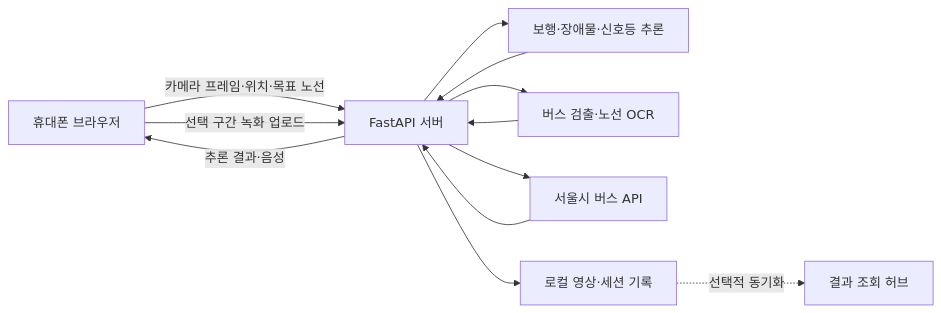
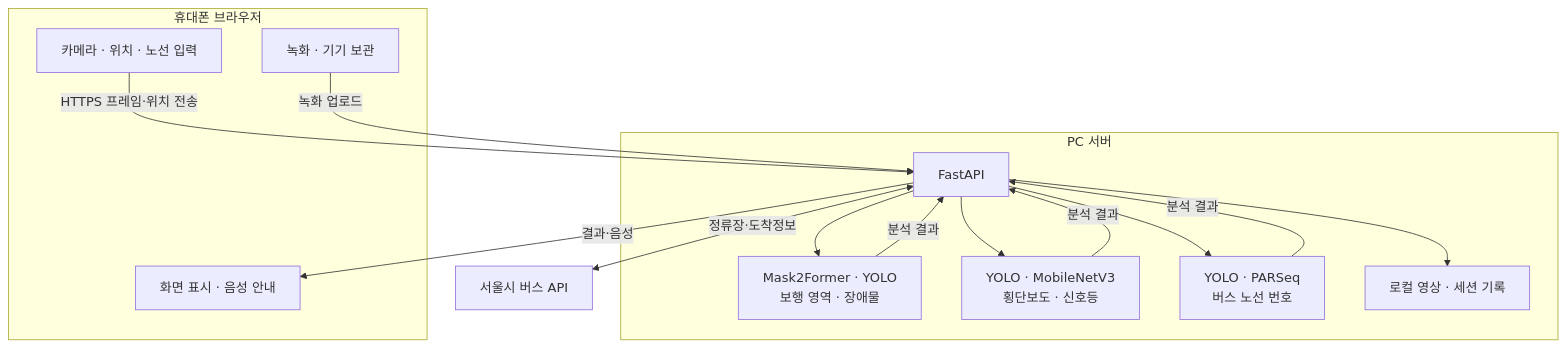
One commit to ai-cv-prj/gildongmu-app changed the diagram in README.md. Above: the diagram before and after it, drawn with Mermaid. The commit also changed other lines of this file and 45 other files, not shown here.

````diff
--- a/README.md
+++ b/README.md
@@ -52,14 +118,26 @@
 ```mermaid
-flowchart LR
-    Phone[휴대폰 브라우저] -->|카메라 프레임·위치·목표 노선| API[FastAPI 서버]
-    API --> Walking[보행·장애물·신호등 추론]
-    API --> Bus[버스 검출·노선 OCR]
-    API --> Arrival[서울시 버스 API]
-    Walking --> API
-    Bus --> API
-    Arrival --> API
-    API -->|추론 결과·음성| Phone
-    Phone -->|선택 구간 녹화 업로드| API
-    API --> Records[로컬 영상·세션 기록]
-    Records -. 선택적 동기화 .-> Hub[결과 조회 허브]
+flowchart TB
+    subgraph Mobile[휴대폰 브라우저]
+        Camera[카메라 · 위치 · 노선 입력]
+        Guide[화면 표시 · 음성 안내]
+        Recording[녹화 · 기기 보관]
+    end
+    subgraph Server[PC 서버]
+        API[FastAPI]
+        Walking[Mask2Former · YOLO<br/>보행 영역 · 장애물]
+        Signal[YOLO · MobileNetV3<br/>횡단보도 · 신호등]
+        Bus[YOLO · PARSeq<br/>버스 노선 번호]
+        Storage[로컬 영상 · 세션 기록]
+    end
+    Camera -->|HTTPS 프레임·위치 전송| API
+    API --> Walking
+    API --> Signal
+    API --> Bus
+    Walking -->|분석 결과| API
+    Signal -->|분석 결과| API
+    Bus -->|분석 결과| API
+    API <-->|정류장·도착정보| Seoul[서울시 버스 API]
+    API -->|결과·음성| Guide
+    Recording -->|녹화 업로드| API
+    API --> Storage
 ```
````
